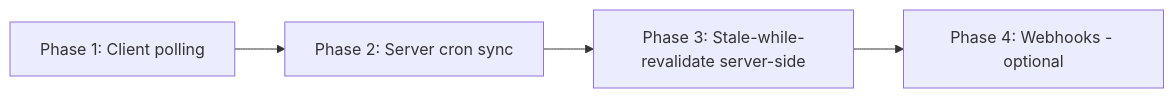
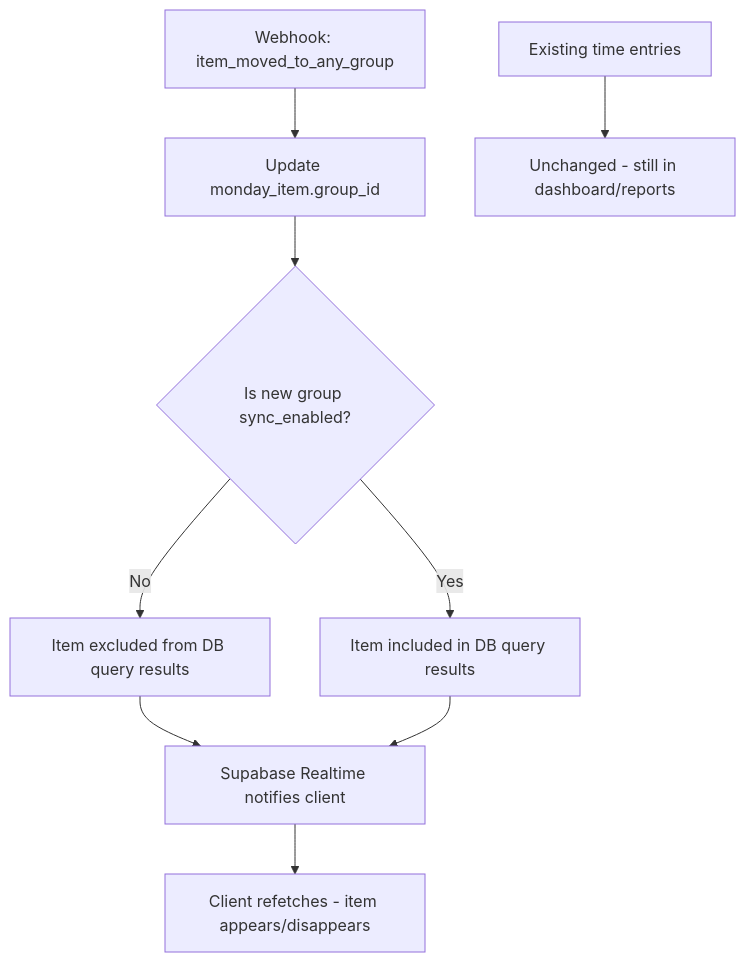
Before and after one commit to diekommunikatoere/monday_timetracker: the fourth of 4 diagrams in plans/optimize-task-item-selector.md, drawn with Mermaid. The commit also changed other lines of this file, not shown here.

````diff
--- a/plans/optimize-task-item-selector.md
+++ b/plans/optimize-task-item-selector.md
@@ -64,6 +345,11 @@
 ```mermaid
-flowchart LR
-    A[Phase 1: Client polling] --> B[Phase 2: Server cron sync]
-    B --> C[Phase 3: Stale-while-revalidate server-side]
-    C --> D[Phase 4: Webhooks - optional]
+flowchart TD
+    A[Webhook: item_moved_to_any_group] --> B[Update monday_item.group_id]
+    B --> C{Is new group sync_enabled?}
+    C -->|No| D[Item excluded from DB query results]
+    C -->|Yes| E[Item included in DB query results]
+    D --> F[Supabase Realtime notifies client]
+    E --> F
+    F --> G[Client refetches - item appears/disappears]
+    H[Existing time entries] --> I[Unchanged - still in dashboard/reports]
 ```
````
